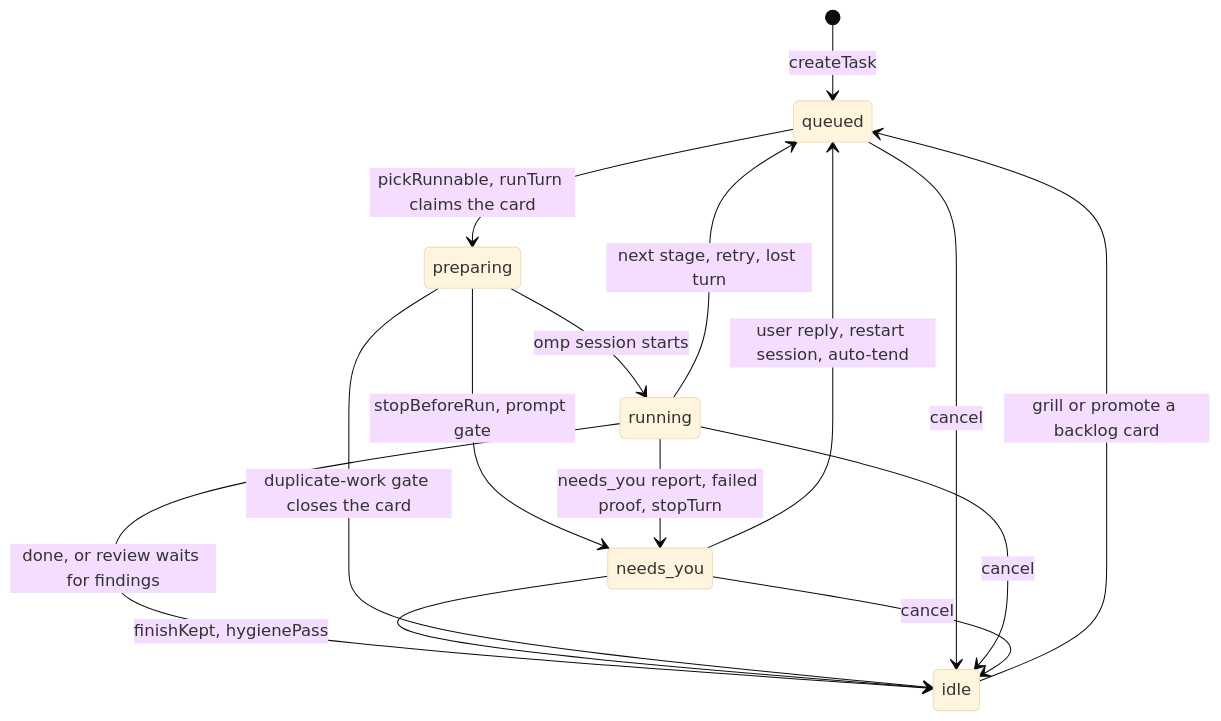
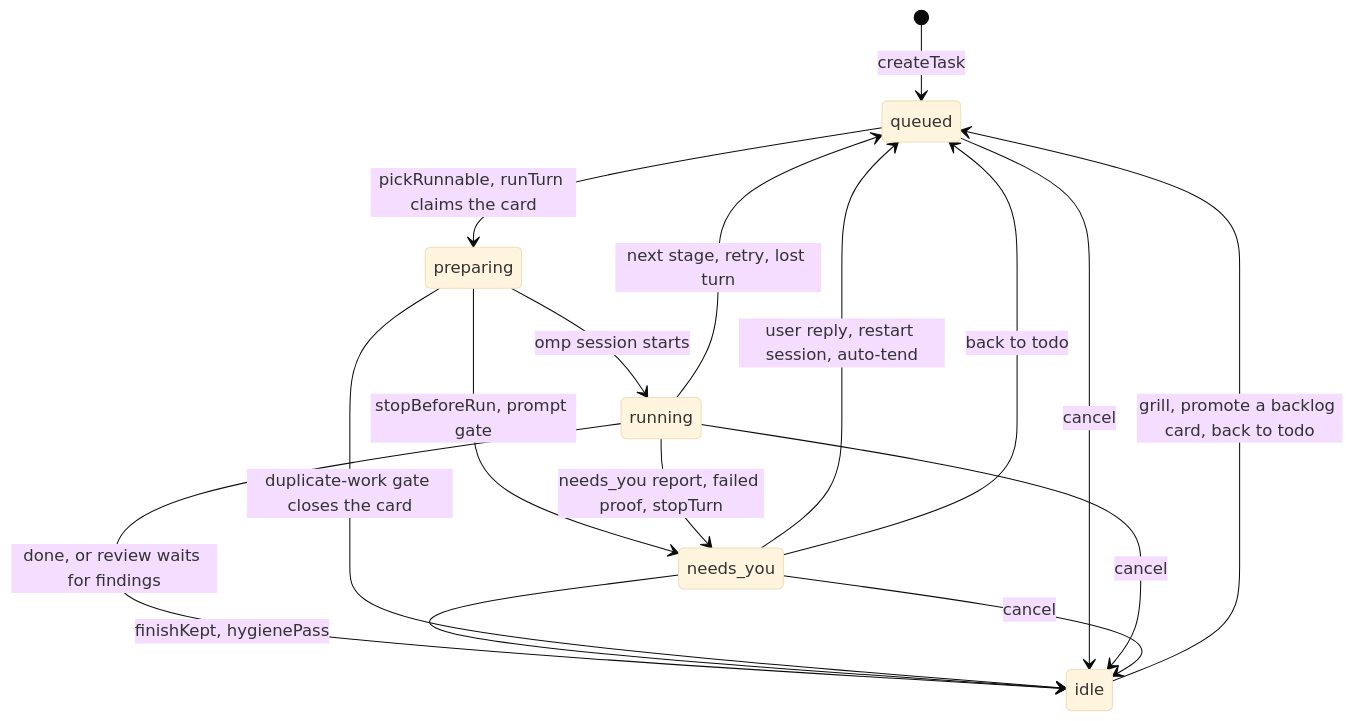
The fourth of 4 diagrams in docs/how-it-works.md (ottr-ai/ottr), drawn with Mermaid (base theme) before and after one commit. The commit also changed other lines of this file and 6 other files, not shown here.

First line of the commit message:
feat: edit dependsOn and move a parked card back to todo

````diff
--- a/docs/how-it-works.md
+++ b/docs/how-it-works.md
@@ -158,17 +160,18 @@
 ```mermaid
 stateDiagram-v2
   [*] --> queued: createTask
   queued --> preparing: pickRunnable, runTurn claims the card
   preparing --> running: omp session starts
   preparing --> needs_you: stopBeforeRun, prompt gate
   running --> queued: next stage, retry, lost turn
   running --> needs_you: needs_you report, failed proof, stopTurn
   running --> idle: done, or review waits for findings
   needs_you --> queued: user reply, restart session, auto-tend
+  needs_you --> queued: back to todo
   needs_you --> idle: finishKept, hygienePass
   preparing --> idle: duplicate-work gate closes the card
   queued --> idle: cancel
   running --> idle: cancel
   needs_you --> idle: cancel
-  idle --> queued: grill or promote a backlog card
+  idle --> queued: grill, promote a backlog card, back to todo
 ```
````
